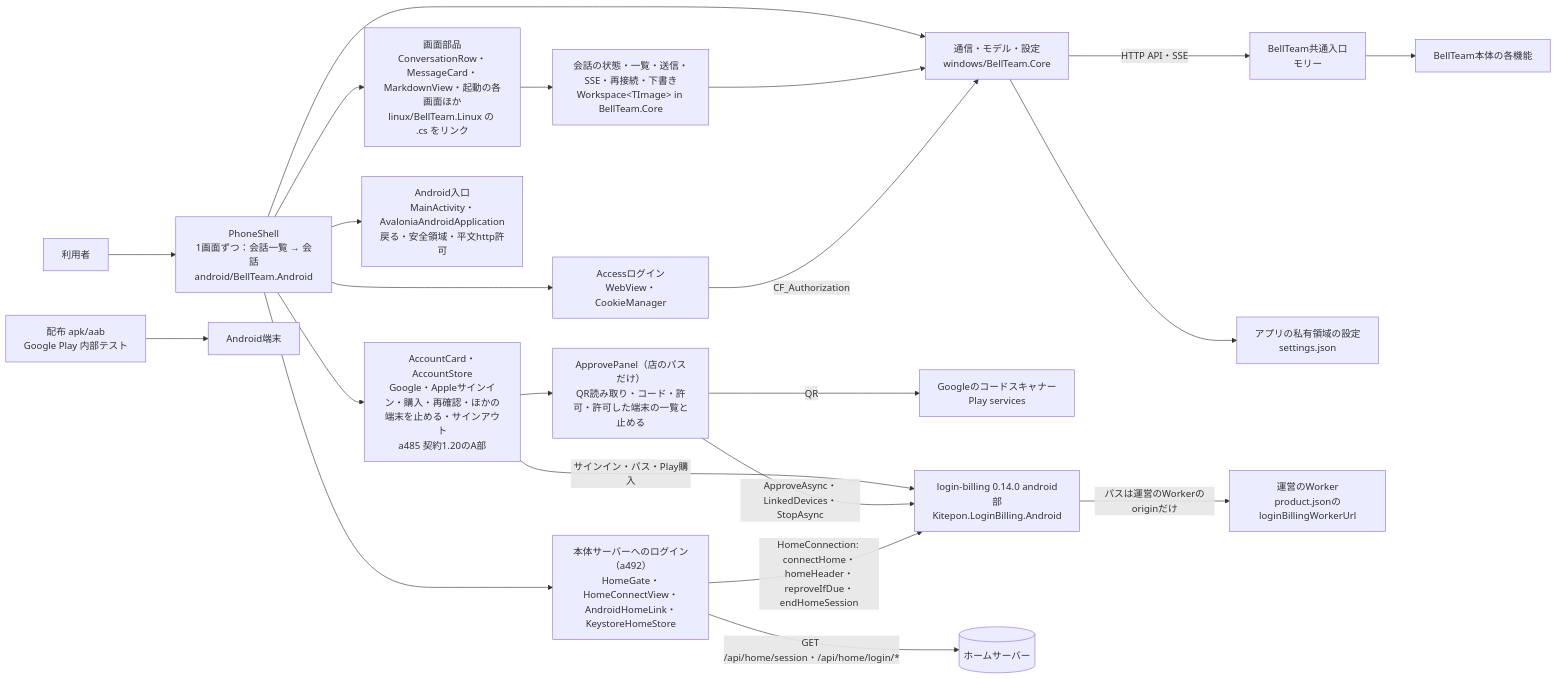
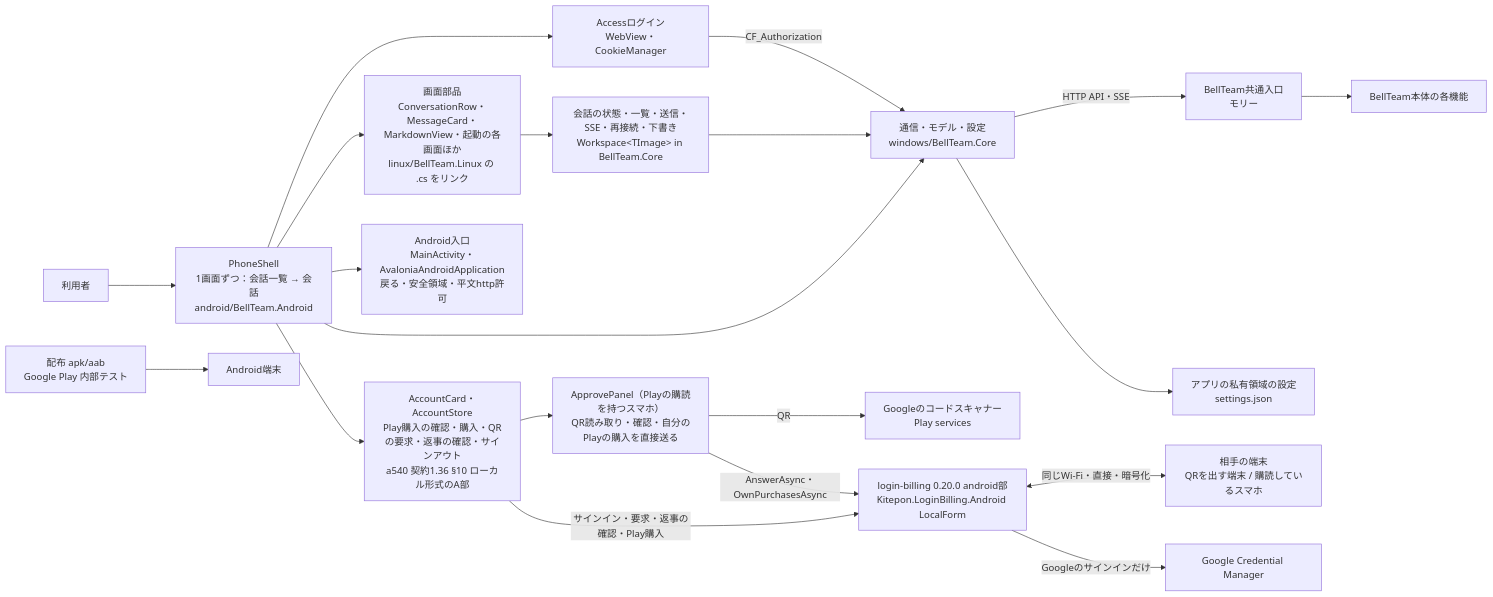
One commit to kitepon/BellTeam changed the first of 2 diagrams in docs/android-architecture.md. Above: the diagram before and after it, drawn with Mermaid. The commit also changed other lines of this file and 35 other files, not shown here.

````diff
--- a/docs/android-architecture.md
+++ b/docs/android-architecture.md
@@ -9,24 +9,22 @@
 ```mermaid
 flowchart LR
   user[利用者] --> shell[PhoneShell<br/>1画面ずつ：会話一覧 → 会話<br/>android/BellTeam.Android]
   shell --> views[画面部品<br/>ConversationRow・MessageCard・MarkdownView・起動の各画面ほか<br/>linux/BellTeam.Linux の .cs をリンク]
   views --> ws[会話の状態・一覧・送信・SSE・再接続・下書き<br/>Workspace&lt;TImage&gt; in BellTeam.Core]
   shell --> core[通信・モデル・設定<br/>windows/BellTeam.Core]
   ws --> core
   core -->|HTTP API・SSE| integration[BellTeam共通入口<br/>モリー]
   core --> local[アプリの私有領域の設定<br/>settings.json]
-  shell --> account[AccountCard・AccountStore<br/>Google・Appleサインイン・購入・再確認・ほかの端末を止める・サインアウト<br/>a485 契約1.20のA部]
-  account --> approve[ApprovePanel（店のパスだけ）<br/>QR読み取り・コード・許可・許可した端末の一覧と止める]
+  shell --> account[AccountCard・AccountStore<br/>Play購入の確認・購入・QRの要求・返事の確認・サインアウト<br/>a540 契約1.36 §10 ローカル形式のA部]
+  account --> approve[ApprovePanel（Playの購読を持つスマホ）<br/>QR読み取り・確認・自分のPlayの購入を直接送る]
   approve -->|QR| scanner[Googleのコードスキャナー<br/>Play services]
-  account -->|サインイン・パス・Play購入| lib[login-billing 0.14.0 android部<br/>Kitepon.LoginBilling.Android]
-  approve -->|ApproveAsync・LinkedDevices・StopAsync| lib
-  shell --> homelink[本体サーバーへのログイン（a492）<br/>HomeGate・HomeConnectView・AndroidHomeLink・KeystoreHomeStore]
-  homelink -->|HomeConnection: connectHome・homeHeader・reproveIfDue・endHomeSession| lib
-  homelink -->|GET /api/home/session・/api/home/login/*| homeserver[(ホームサーバー)]
-  lib -->|パスは運営のWorkerのoriginだけ| worker[運営のWorker<br/>product.jsonのloginBillingWorkerUrl]
+  account -->|サインイン・要求・返事の確認・Play購入| lib[login-billing 0.20.0 android部<br/>Kitepon.LoginBilling.Android LocalForm]
+  approve -->|AnswerAsync・OwnPurchasesAsync| lib
+  lib <-->|同じWi-Fi・直接・暗号化| peer[相手の端末<br/>QRを出す端末 / 購読しているスマホ]
+  lib -->|Googleのサインインだけ| google[Google Credential Manager]
   shell --> access[Accessログイン<br/>WebView・CookieManager]
   access -->|CF_Authorization| core
   shell --> android[Android入口<br/>MainActivity・AvaloniaAndroidApplication<br/>戻る・安全領域・平文http許可]
   release[配布 apk/aab<br/>Google Play 内部テスト] --> device[Android端末]
   integration --> server[BellTeam本体の各機能]
 ```
````
